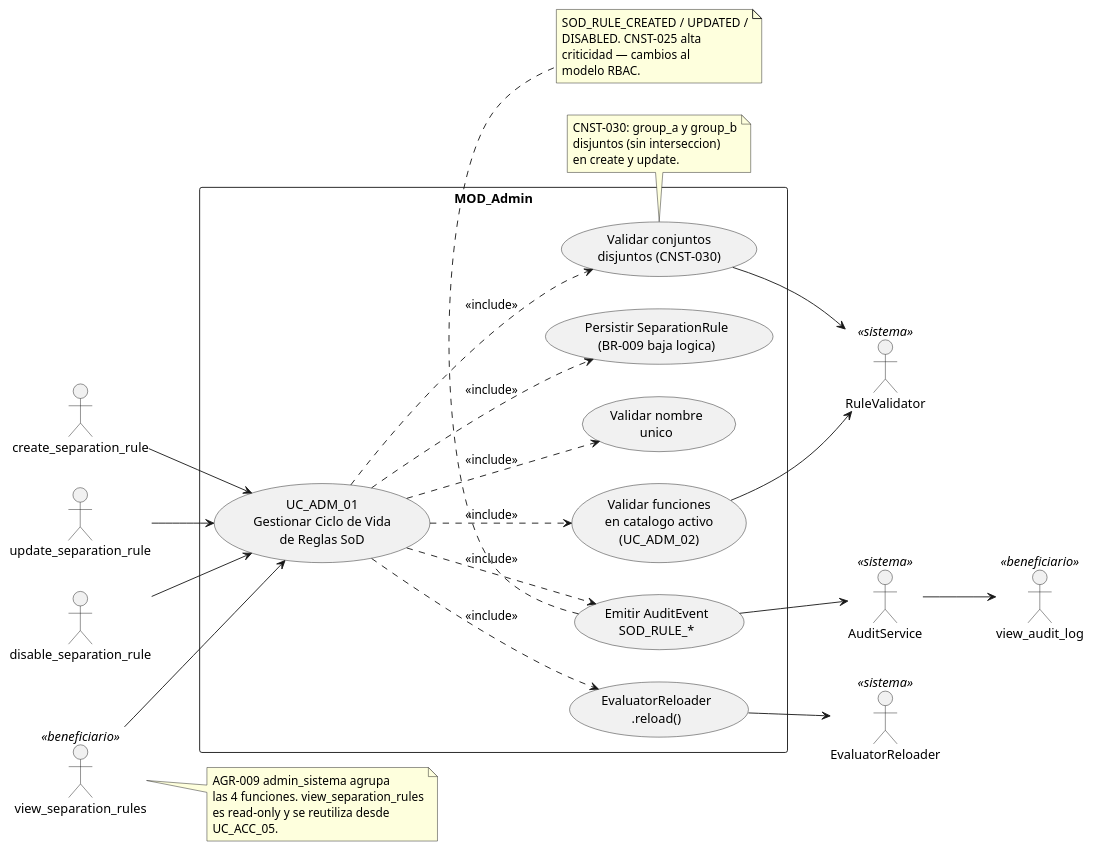
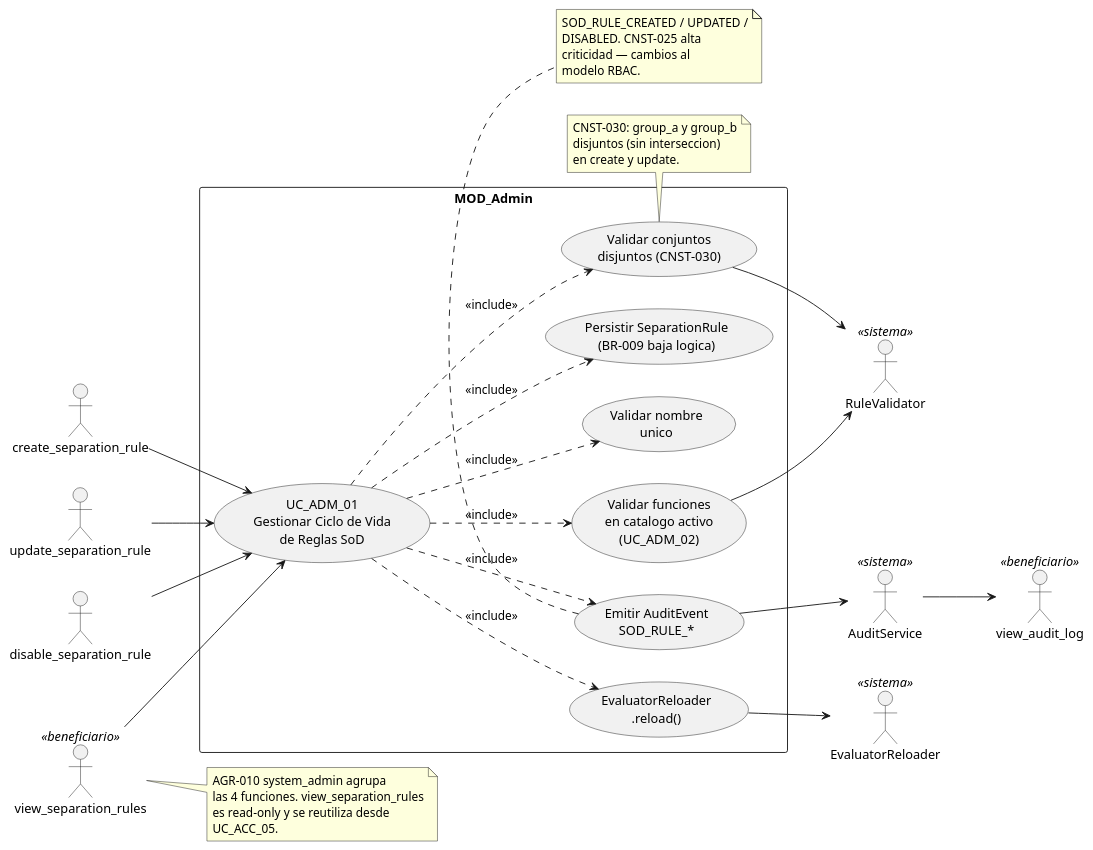
Before and after one commit to jcg-admin/IACT-docs: the diagram in source/requisitos/casos-uso/admin/uc-adm-01/diagramas-uml/diagrama-de-caso-de-uso.rst, drawn with PlantUML. The commit also changed 43 other files, not shown here.

First line of the commit message:
Highlight MOD_Admin as NEW v5.6.0 + fix AGR-009→AGR-010 in admin docs

```diff
--- a/source/requisitos/casos-uso/admin/uc-adm-01/diagramas-uml/diagrama-de-caso-de-uso.rst
+++ b/source/requisitos/casos-uso/admin/uc-adm-01/diagramas-uml/diagrama-de-caso-de-uso.rst
@@ -4,65 +4,65 @@
 .. uml::
  :caption: UC_ADM_01 — actores y casos asociados
 
  @startuml
 
  left to right direction
 
  actor "create_separation_rule" as F_CREATE
  actor "update_separation_rule" as F_UPDATE
  actor "disable_separation_rule" as F_DISABLE
  actor "view_separation_rules" as F_VIEW <<beneficiario>>
  actor "view_audit_log" as view_audit_log <<beneficiario>>
  actor "EvaluatorReloader" as EE <<sistema>>
  actor "RuleValidator" as RV <<sistema>>
  actor "AuditService" as AS <<sistema>>
 
  rectangle "MOD_Admin" {
    usecase "UC_ADM_01\nGestionar Ciclo de Vida\nde Reglas SoD" as UC_ADM_01
    usecase "Validar conjuntos\ndisjuntos (CNST-030)" as VALIDAR_CONJUNTOS
    usecase "Validar funciones\nen catalogo activo\n(UC_ADM_02)" as VALIDAR_FUNCIONES
    usecase "Validar nombre\nunico" as VALIDAR_NOMBRE
    usecase "Persistir SeparationRule\n(BR-009 baja logica)" as PERSISTIR
    usecase "Emitir AuditEvent\nSOD_RULE_*" as AUDIT
    usecase "EvaluatorReloader\n.reload()" as RELOAD
  }
 
  F_CREATE --> UC_ADM_01
  F_UPDATE --> UC_ADM_01
  F_DISABLE --> UC_ADM_01
  F_VIEW --> UC_ADM_01
 
  UC_ADM_01 ..> VALIDAR_CONJUNTOS : <<include>>
  UC_ADM_01 ..> VALIDAR_FUNCIONES : <<include>>
  UC_ADM_01 ..> VALIDAR_NOMBRE : <<include>>
  UC_ADM_01 ..> PERSISTIR : <<include>>
  UC_ADM_01 ..> AUDIT : <<include>>
  UC_ADM_01 ..> RELOAD : <<include>>
 
  VALIDAR_CONJUNTOS --> RV
  VALIDAR_FUNCIONES --> RV
  AUDIT --> AS
  RELOAD --> EE
  AS --> view_audit_log
 
  note bottom of VALIDAR_CONJUNTOS
    CNST-030: group_a y group_b
    disjuntos (sin interseccion)
    en create y update.
  end note
 
  note bottom of AUDIT
    SOD_RULE_CREATED / UPDATED /
    DISABLED. CNST-025 alta
    criticidad — cambios al
    modelo RBAC.
  end note
 
  note right of F_VIEW
-   AGR-009 admin_sistema agrupa
+   AGR-010 system_admin agrupa
    las 4 funciones. view_separation_rules
    es read-only y se reutiliza desde
    UC_ACC_05.
  end note
 
  @enduml
```
